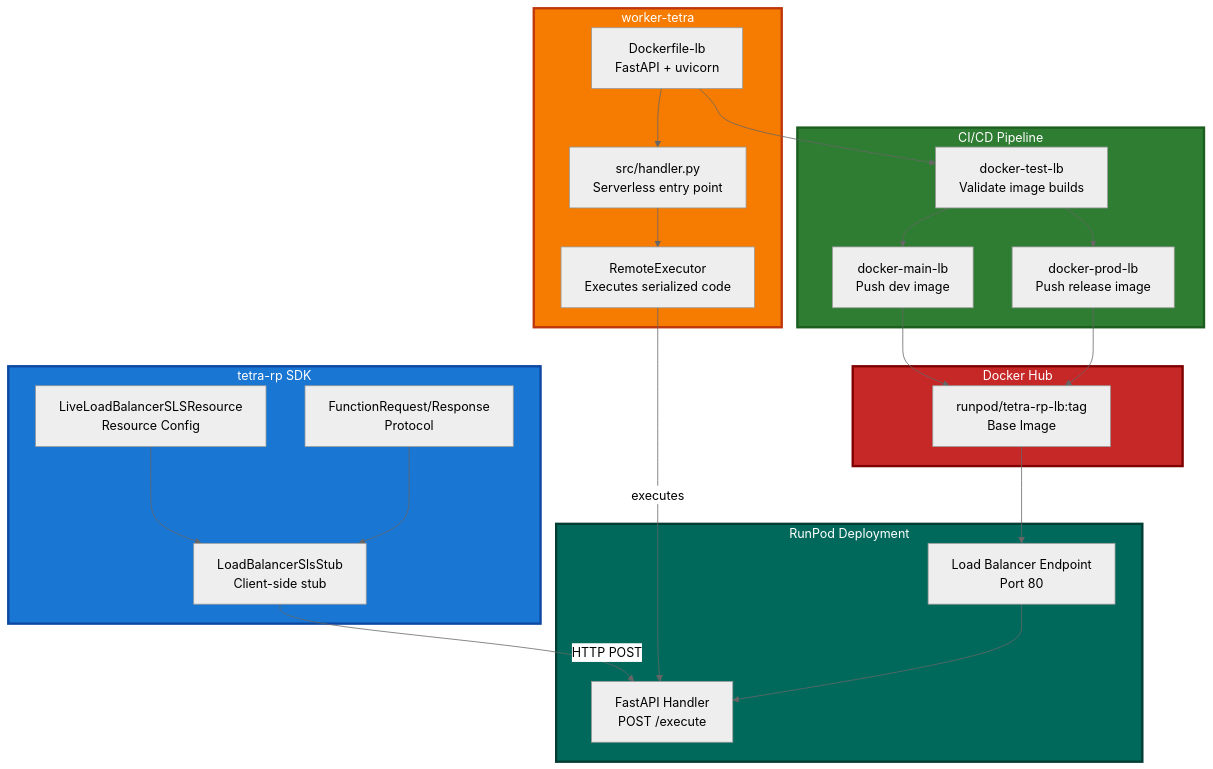
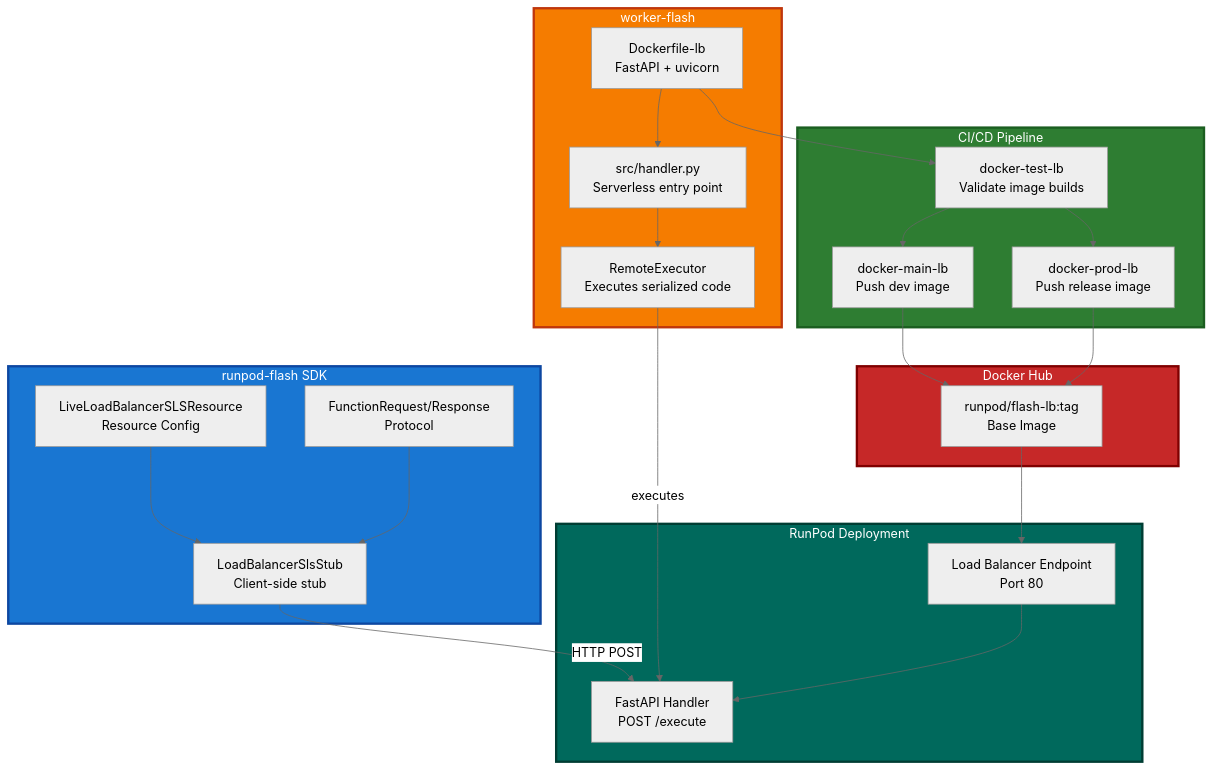
One commit to runpod-workers/worker-tetra changed the first of 2 diagrams in docs/Load_Balancer_Docker_Infrastructure.md. Above: the diagram before and after it, drawn with Mermaid (neutral theme). The commit also changed other lines of this file and 44 other files, not shown here.

First line of the commit message:
refactor!: rename tetra to flash (#59)

````diff
--- a/docs/Load_Balancer_Docker_Infrastructure.md
+++ b/docs/Load_Balancer_Docker_Infrastructure.md
@@ -28,49 +28,49 @@
 ```mermaid
 graph TB
-    subgraph SDK["tetra-rp SDK"]
+    subgraph SDK["runpod-flash SDK"]
         A["LiveLoadBalancerSLSResource<br/>Resource Config"]
         B["LoadBalancerSlsStub<br/>Client-side stub"]
         C["FunctionRequest/Response<br/>Protocol"]
     end
 
-    subgraph Infrastructure["worker-tetra"]
+    subgraph Infrastructure["worker-flash"]
         D["Dockerfile-lb<br/>FastAPI + uvicorn"]
         E["src/handler.py<br/>Serverless entry point"]
         F["RemoteExecutor<br/>Executes serialized code"]
     end
 
     subgraph CICD["CI/CD Pipeline"]
         G["docker-test-lb<br/>Validate image builds"]
         H["docker-main-lb<br/>Push dev image"]
         I["docker-prod-lb<br/>Push release image"]
     end
 
     subgraph Registry["Docker Hub"]
-        J["runpod/tetra-rp-lb:tag<br/>Base Image"]
+        J["runpod/flash-lb:tag<br/>Base Image"]
     end
 
     subgraph Runtime["RunPod Deployment"]
         K["Load Balancer Endpoint<br/>Port 80"]
         L["FastAPI Handler<br/>POST /execute"]
     end
 
     A --> B
     C --> B
     B -->|HTTP POST| L
     D --> E
     E --> F
     F -->|executes| L
     D --> G
     G --> H
     G --> I
     H --> J
     I --> J
     J --> K
     K --> L
 
     style SDK fill:#1976d2,stroke:#0d47a1,stroke-width:3px,color:#fff
     style Infrastructure fill:#F57C00,stroke:#BF360C,stroke-width:3px,color:#fff
     style CICD fill:#2E7D32,stroke:#1B5E20,stroke-width:3px,color:#fff
     style Registry fill:#C62828,stroke:#7F0000,stroke-width:3px,color:#fff
     style Runtime fill:#00695C,stroke:#003D33,stroke-width:3px,color:#fff
 ```
````
